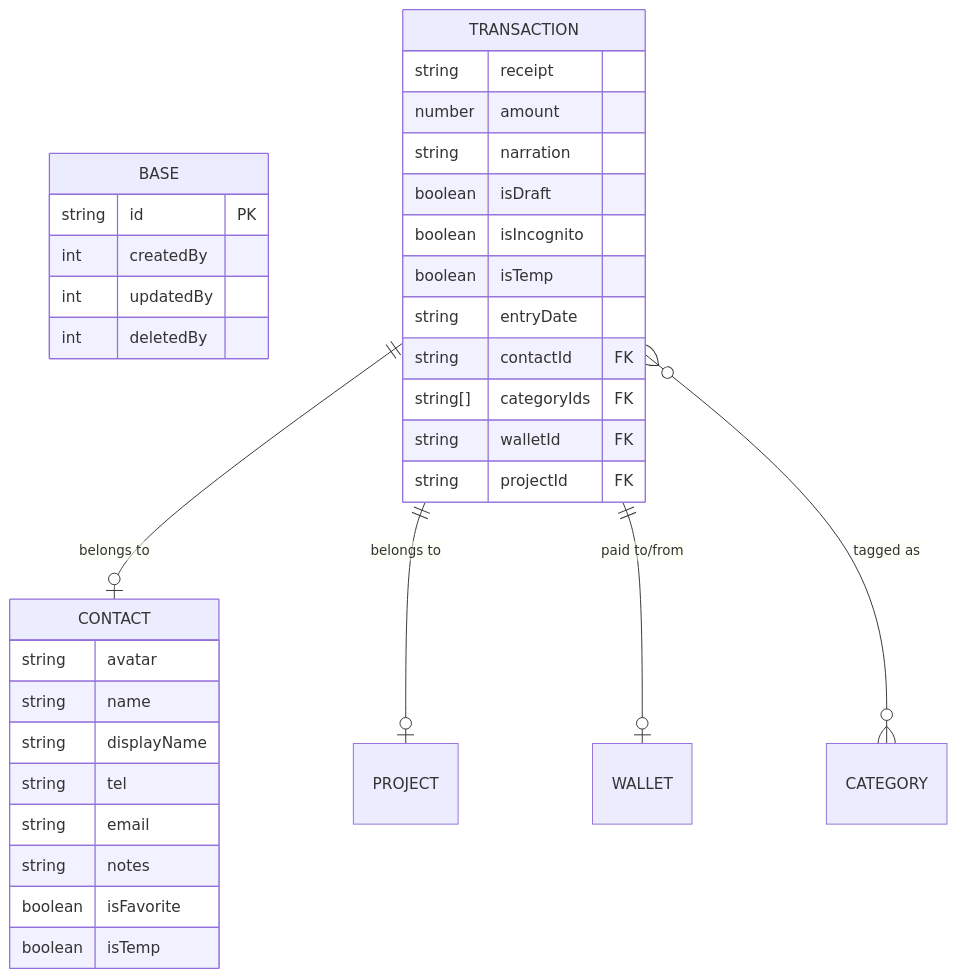
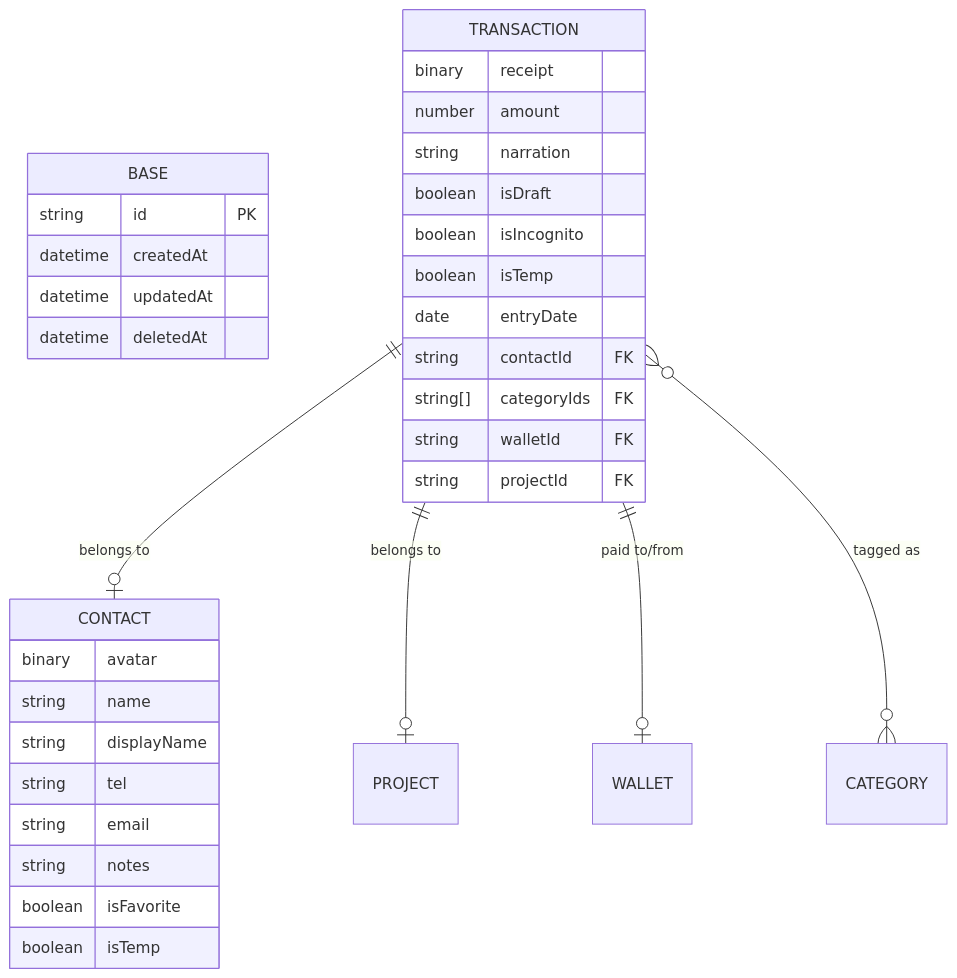
One commit to 2gbeh/fedora changed the diagram in README.md. Above: the diagram before and after it, drawn with Mermaid. The commit also changed other lines of this file and 19 other files, not shown here.

````diff
--- a/README.md
+++ b/README.md
@@ -57,41 +57,41 @@
 ```mermaid
 erDiagram
     BASE {
         string id PK
-        int createdBy
-        int updatedBy
-        int deletedBy
+        datetime createdAt
+        datetime updatedAt
+        datetime deletedAt
     }
 
    TRANSACTION {        
-        string receipt
+        binary receipt
         number amount
         string narration
         boolean isDraft
         boolean isIncognito
         boolean isTemp
-        string entryDate
+        date entryDate
         
         %% Foreign Keys (FK)
         string contactId FK
         string[] categoryIds FK
         string walletId FK
         string projectId FK
     }
 
    CONTACT {
-        string avatar
+        binary avatar
         string name
         string displayName
         string tel
         string email
         string notes
         boolean isFavorite
         boolean isTemp
     }
 
     TRANSACTION ||--o| CONTACT : "belongs to"
     TRANSACTION ||--o| PROJECT : "belongs to"
     TRANSACTION ||--o| WALLET : "paid to/from"
     TRANSACTION }o--o{ CATEGORY : "tagged as"
 ```
````
